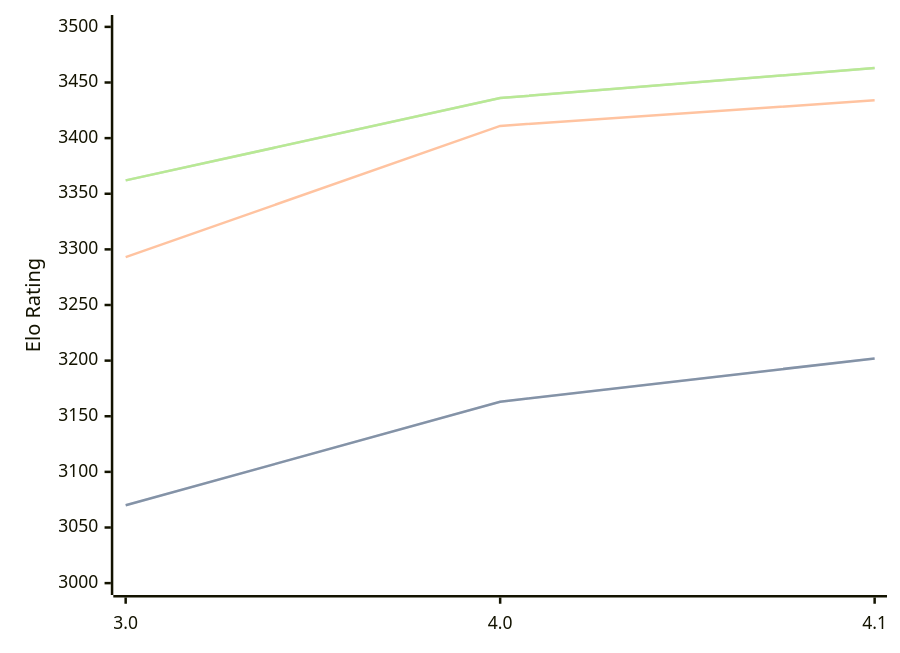
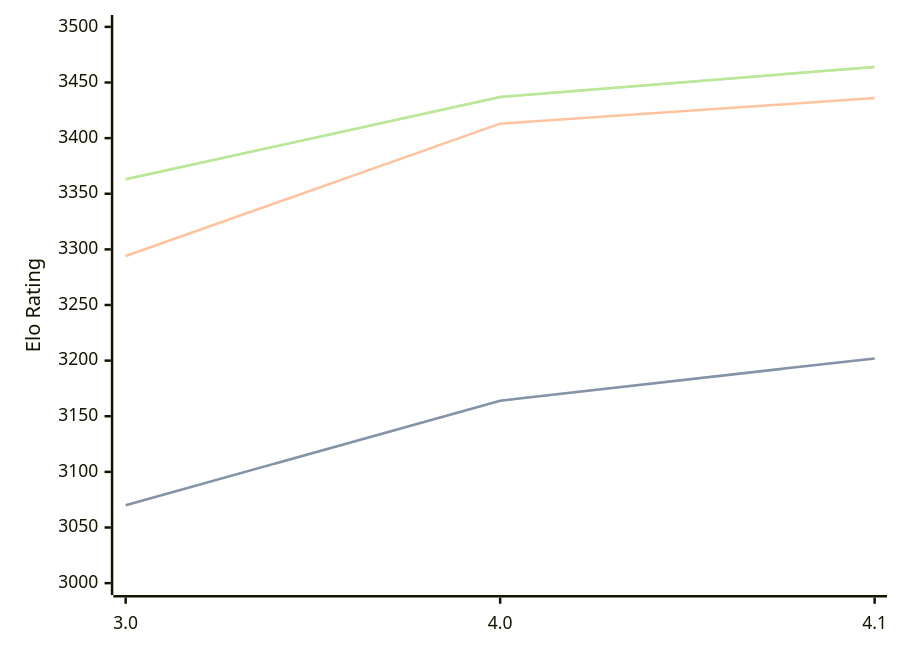
Before and after one commit to computer-chess-index/cci: the diagram in engines/Eleanor.md, drawn with Mermaid. The commit also changed other lines of this file, not shown here.

Commit message:
Update CCI Ratings (ELO VLTC) - 2026-05-01

````diff
--- a/engines/Eleanor.md
+++ b/engines/Eleanor.md
@@ -35,11 +35,11 @@
 ```mermaid
 %%{init: {"theme":"base","themeVariables":{"seriesColors:['#a3a3a3','#222221','#faa371']}}}%%
 xychart-beta
   x-axis ["3.0", "4.0", "4.1"]
   y-axis "Elo Rating" 3000 --> 3500
-  line "STC (8.0+0.08s)" [3070, 3163, 3202]
-  line "STC (8.0+0.08s)" [3070, 3163, 3202]
-  line "LTC (60.0+0.60s)" [3293, 3411, 3434]
-  line "VLTC (2m24s+1.12s)" [3362, 3436, 3463]
-  line "VLTC (2m24s+1.12s)" [3362, 3436, 3463]
+  line "STC (8.0+0.08s)" [3070, 3164, 3202]
+  line "STC (8.0+0.08s)" [3070, 3164, 3202]
+  line "LTC (60.0+0.60s)" [3294, 3413, 3436]
+  line "VLTC (2m24s+1.12s)" [3363, 3437, 3464]
+  line "VLTC (2m24s+1.12s)" [3363, 3437, 3464]
 ```
````
